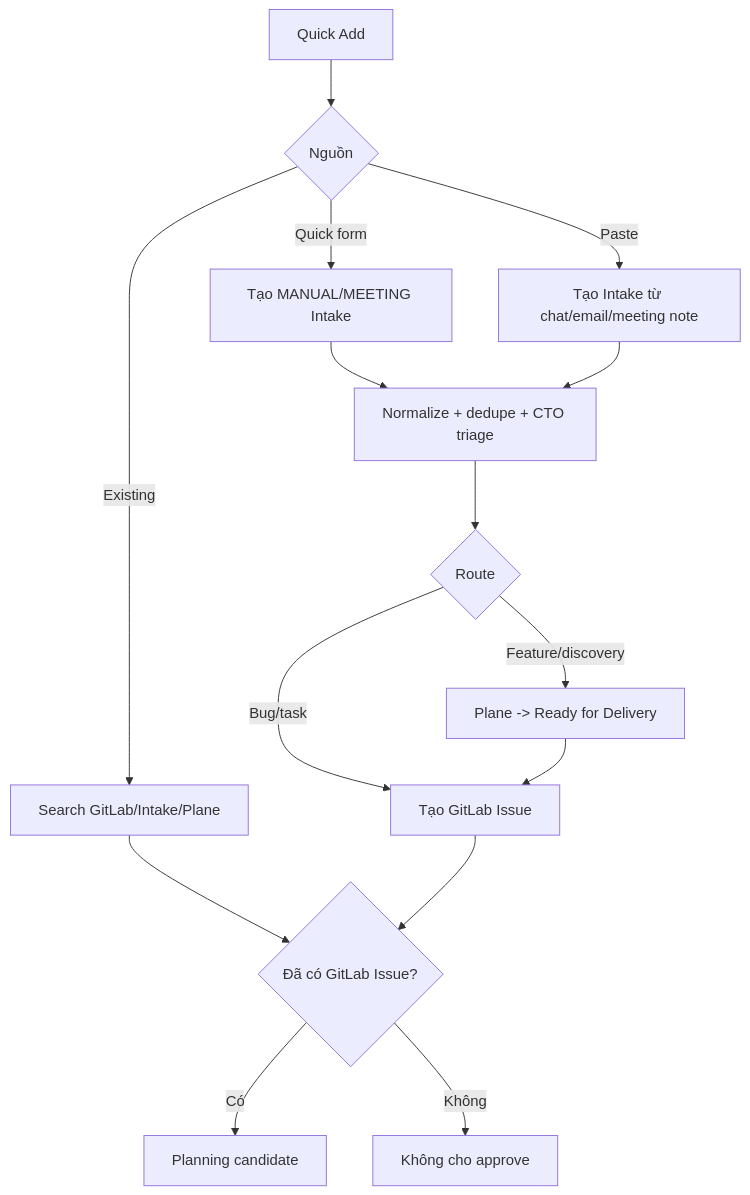
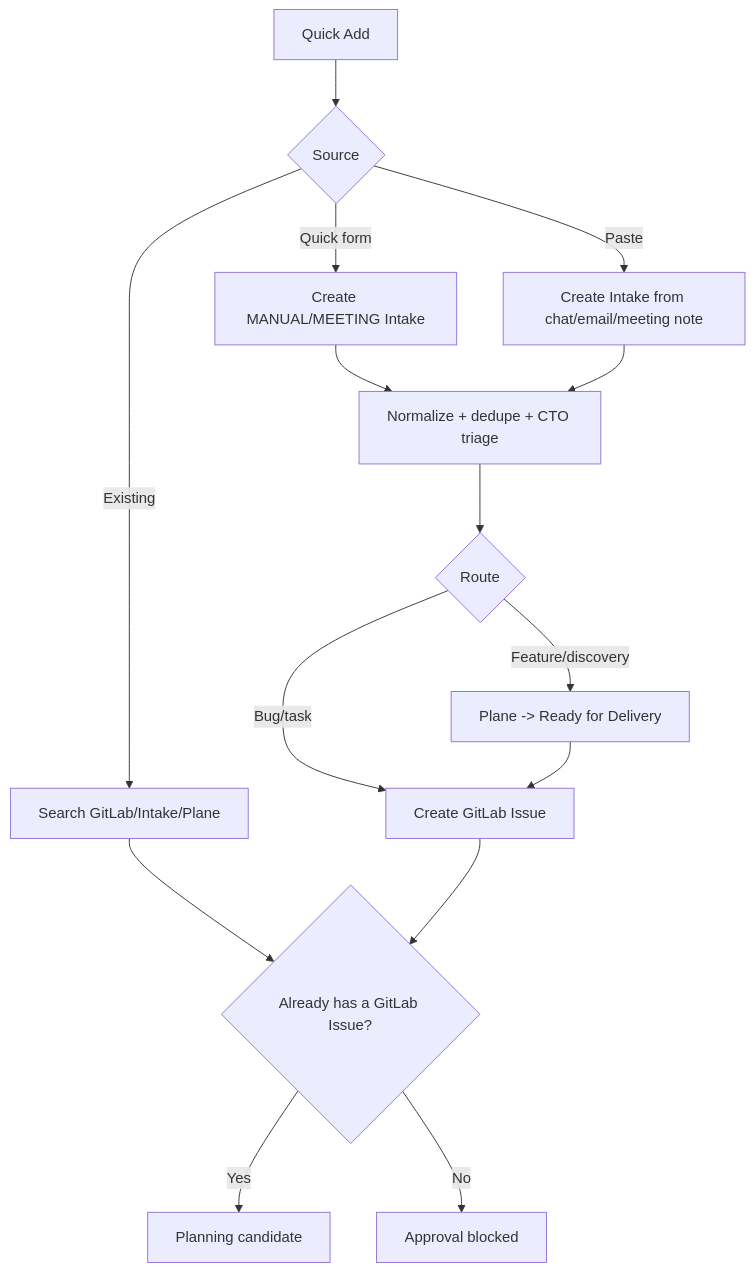
Before and after one commit to ZiniSoft/intake: the eighth of 11 diagrams in docs/stable/flows.md, drawn with Mermaid. The commit also changed other lines of this file and 70 other files, not shown here.

````diff
--- a/docs/stable/flows.md
+++ b/docs/stable/flows.md
@@ -174,17 +174,17 @@
 ```mermaid
 flowchart TD
-    Q[Quick Add] --> E{Nguồn}
+    Q[Quick Add] --> E{Source}
     E -->|Existing| S[Search GitLab/Intake/Plane]
-    E -->|Quick form| N[Tạo MANUAL/MEETING Intake]
-    E -->|Paste| P[Tạo Intake từ chat/email/meeting note]
-    S --> V{Đã có GitLab Issue?}
+    E -->|Quick form| N[Create MANUAL/MEETING Intake]
+    E -->|Paste| P[Create Intake from chat/email/meeting note]
+    S --> V{Already has a GitLab Issue?}
     N --> T[Normalize + dedupe + CTO triage]
     P --> T
     T --> R{Route}
     R -->|Feature/discovery| PL[Plane -> Ready for Delivery]
-    R -->|Bug/task| GI[Tạo GitLab Issue]
+    R -->|Bug/task| GI[Create GitLab Issue]
     PL --> GI
     GI --> V
-    V -->|Có| C[Planning candidate]
-    V -->|Không| H[Không cho approve]
+    V -->|Yes| C[Planning candidate]
+    V -->|No| H[Approval blocked]
 ```
````
